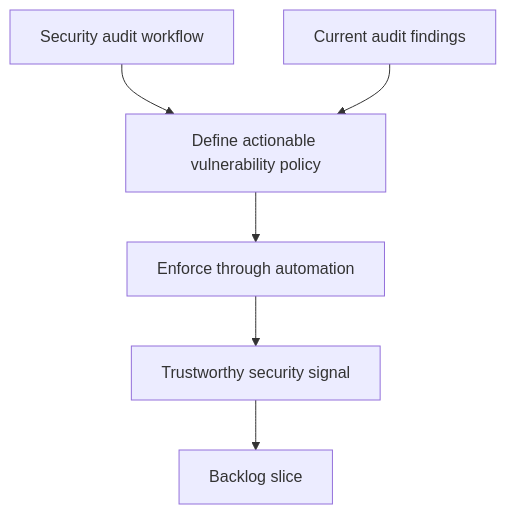
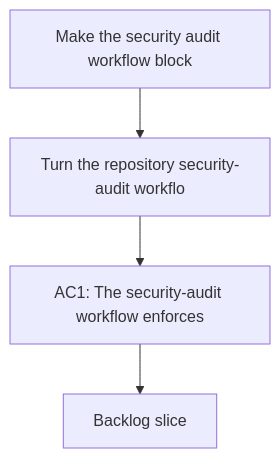
One commit to AlexAgo83/logics-manager changed the diagram in logics/request/req_110_make_the_security_audit_workflow_block_on_actionable_vulnerabilities.md. Above: the diagram before and after it, drawn with Mermaid. The commit also changed other lines of this file and 481 other files, not shown here.

````diff
--- a/logics/request/req_110_make_the_security_audit_workflow_block_on_actionable_vulnerabilities.md
+++ b/logics/request/req_110_make_the_security_audit_workflow_block_on_actionable_vulnerabilities.md
@@ -24,10 +24,8 @@
 ```mermaid
 %% logics-kind: request
 %% logics-signature: request|make-the-security-audit-workflow-block-o|turn-the-repository-security-audit-workf|ac1-the-security-audit-workflow-enforces
 flowchart TD
-    Audit[Security audit workflow] --> Policy[Define actionable vulnerability policy]
-    Local[Current audit findings] --> Policy
-    Policy --> Gate[Enforce through automation]
-    Gate --> Trust[Trustworthy security signal]
-    Trust --> Backlog[Backlog slice]
+    Trigger[Make the security audit workflow block] --> Need[Turn the repository security-audit workflo]
+    Need --> Outcome[AC1: The security-audit workflow enforces]
+    Outcome --> Backlog[Backlog slice]
 ```
````
